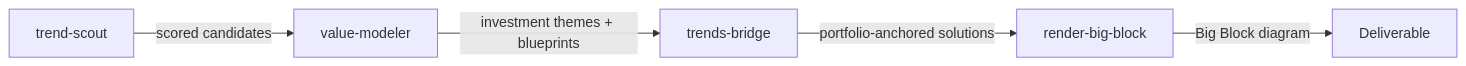
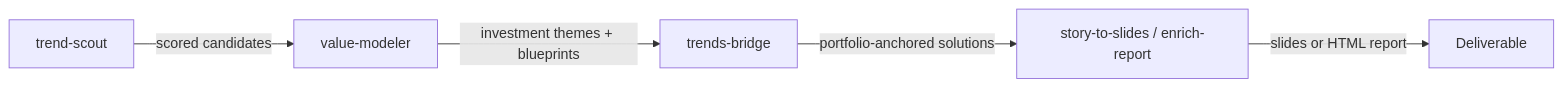
One commit to cogni-work/cogni-works changed the diagram in docs/workflows/trends-to-solutions.md. Above: the diagram before and after it, drawn with Mermaid. The commit also changed other lines of this file and 53 other files, not shown here.

First line of the commit message:
feat(cogni-visual)!: remove story-to-big-block and story-to-big-picture pipelines

````diff
--- a/docs/workflows/trends-to-solutions.md
+++ b/docs/workflows/trends-to-solutions.md
@@ -7,7 +7,7 @@
 ```mermaid
 graph LR
     A[trend-scout] -->|scored candidates| B[value-modeler]
     B -->|investment themes + blueprints| C[trends-bridge]
-    C -->|portfolio-anchored solutions| D[render-big-block]
-    D -->|Big Block diagram| E[Deliverable]
+    C -->|portfolio-anchored solutions| D[story-to-slides / enrich-report]
+    D -->|slides or HTML report| E[Deliverable]
 ```
````
